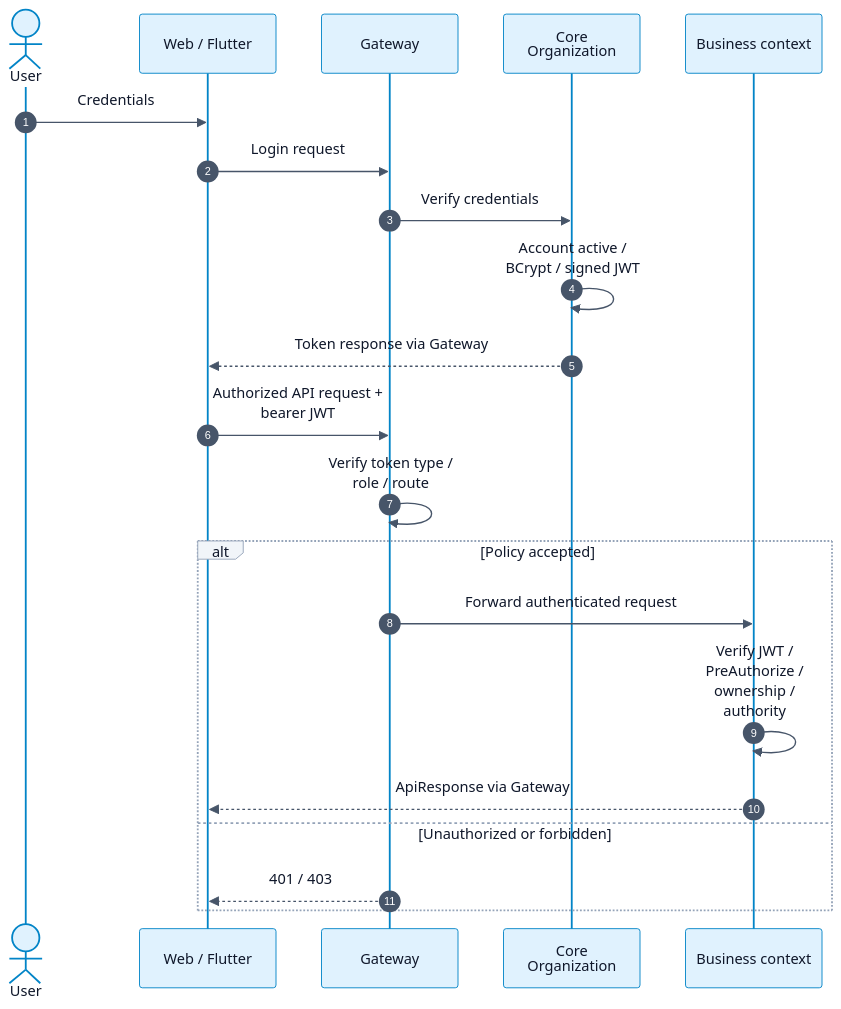
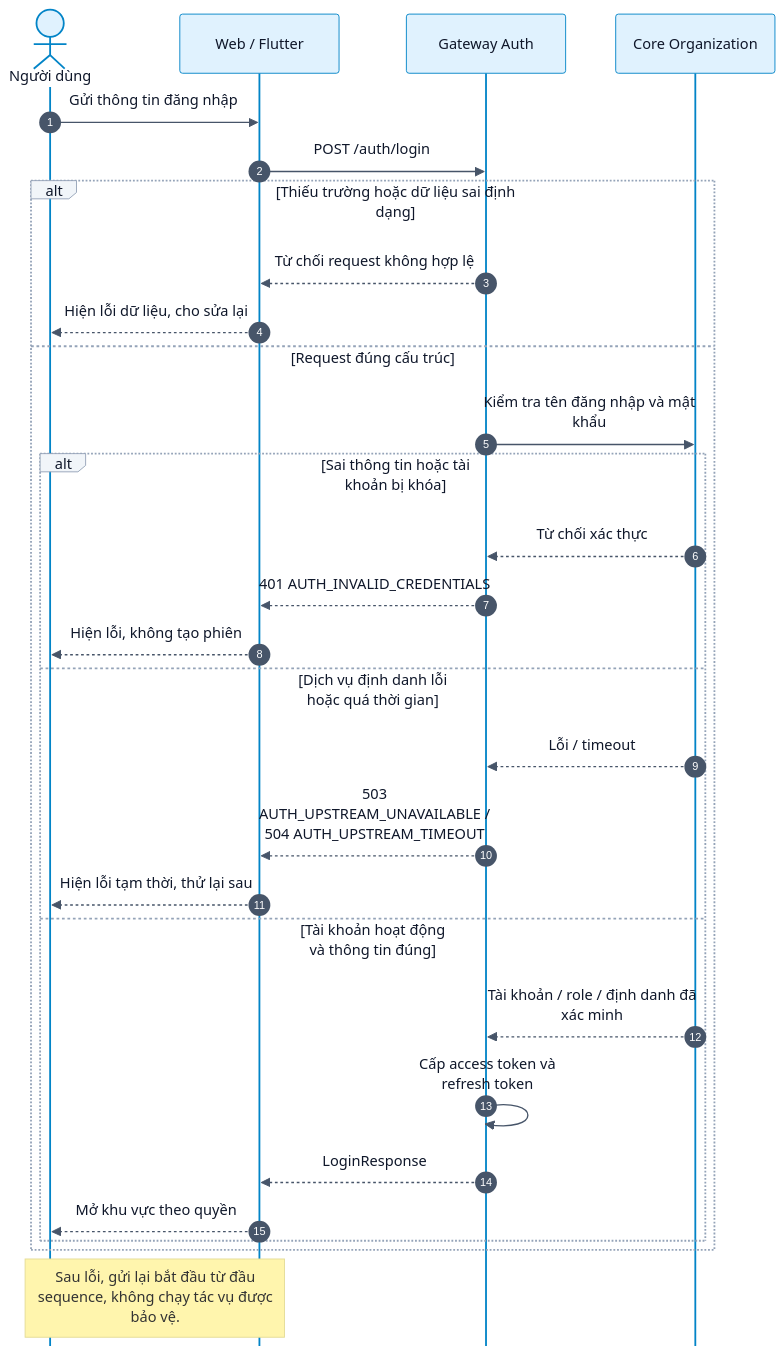
Before and after one commit to Dangvinh77/MediFlow: diagram 12 of 41 in docs/monitor_proj_progress/02-giai-doan-2-thiet-ke-giao-dien-tieu-chuan/review-2/02-review-2-standard-vi.md, drawn with Mermaid. The commit also changed other lines of this file and 896 other files, not shown here.

Commit message:
docs(review2): align diagrams with supervisor feedback

````diff
--- a/docs/monitor_proj_progress/02-giai-doan-2-thiet-ke-giao-dien-tieu-chuan/review-2/02-review-2-standard-vi.md
+++ b/docs/monitor_proj_progress/02-giai-doan-2-thiet-ke-giao-dien-tieu-chuan/review-2/02-review-2-standard-vi.md
@@ -808,24 +613,32 @@
 ```mermaid
-%%{init: {"theme": "base", "securityLevel": "loose", "fontFamily": "Arial, sans-serif", "themeVariables": {"primaryColor": "#e0f2fe", "primaryTextColor": "#0f172a", "primaryBorderColor": "#0284c7", "lineColor": "#475569", "secondaryColor": "#ccfbf1", "tertiaryColor": "#f1f5f9", "background": "#ffffff", "mainBkg": "#e0f2fe", "nodeBorder": "#0284c7", "clusterBkg": "#f8fafc", "clusterBorder": "#94a3b8", "actorBkg": "#e0f2fe", "actorBorder": "#0284c7", "actorTextColor": "#0f172a", "signalColor": "#475569", "signalTextColor": "#0f172a", "labelBoxBkgColor": "#f1f5f9", "labelBoxBorderColor": "#94a3b8", "activationBkgColor": "#ccfbf1", "activationBorderColor": "#0f766e", "sequenceNumberColor": "#ffffff", "attributeBackgroundColorOdd": "#ffffff", "attributeBackgroundColorEven": "#f0f9ff"}, "flowchart": {"htmlLabels": true, "curve": "basis", "nodeSpacing": 30, "rankSpacing": 50}, "sequence": {"useMaxWidth": true, "wrap": true}, "er": {"useMaxWidth": true}}}%%
+%%{init: {"theme": "base", "securityLevel": "loose", "fontFamily": "Arial, sans-serif", "themeVariables": {"primaryColor": "#e0f2fe", "primaryTextColor": "#0f172a", "primaryBorderColor": "#0284c7", "lineColor": "#475569", "secondaryColor": "#ccfbf1", "tertiaryColor": "#f1f5f9", "background": "#ffffff", "mainBkg": "#e0f2fe", "nodeBorder": "#0284c7", "clusterBkg": "#f8fafc", "clusterBorder": "#94a3b8", "actorBkg": "#e0f2fe", "actorBorder": "#0284c7", "actorTextColor": "#0f172a", "signalColor": "#475569", "signalTextColor": "#0f172a", "labelBoxBkgColor": "#f1f5f9", "labelBoxBorderColor": "#94a3b8", "activationBkgColor": "#ccfbf1", "activationBorderColor": "#0f766e", "sequenceNumberColor": "#ffffff", "attributeBackgroundColorOdd": "#ffffff", "attributeBackgroundColorEven": "#f0f9ff"}, "flowchart": {"htmlLabels": true, "curve": "linear", "nodeSpacing": 40, "rankSpacing": 46, "subGraphTitleMargin": {"top": 12, "bottom": 45}}, "sequence": {"useMaxWidth": true, "wrap": true, "actorMargin": 55, "width": 175, "messageMargin": 30, "mirrorActors": false}, "er": {"useMaxWidth": true}, "maxTextSize": 2000000, "class": {"nodeSpacing": 30, "rankSpacing": 55}}}%%
 sequenceDiagram
  autonumber
- actor User
- participant Client as Web / Flutter
- participant Gateway
- participant Core as Core Organization
- participant Service as Business context
- User->>Client: Credentials
- Client->>Gateway: Login request
- Gateway->>Core: Verify credentials
- Core->>Core: Account active / BCrypt / signed JWT
- Core-->>Client: Token response via Gateway
- Client->>Gateway: Authorized API request + bearer JWT
- Gateway->>Gateway: Verify token type / role / route
- alt Policy accepted
- Gateway->>Service: Forward authenticated request
- Service->>Service: Verify JWT / PreAuthorize / ownership / authority
- Service-->>Client: ApiResponse via Gateway
- else Unauthorized or forbidden
- Gateway-->>Client: 401 / 403
+ actor User as Người dùng
+ participant UI as Web / Flutter
+ participant G as Gateway Auth
+ participant C as Core Organization
+ User->>UI: Gửi thông tin đăng nhập
+ UI->>G: POST /auth/login
+ alt Thiếu trường hoặc dữ liệu sai định dạng
+  G-->>UI: Từ chối request không hợp lệ
+  UI-->>User: Hiện lỗi dữ liệu, cho sửa lại
+ else Request đúng cấu trúc
+  G->>C: Kiểm tra tên đăng nhập và mật khẩu
+  alt Sai thông tin hoặc tài khoản bị khóa
+   C-->>G: Từ chối xác thực
+   G-->>UI: 401 AUTH_INVALID_CREDENTIALS
+   UI-->>User: Hiện lỗi, không tạo phiên
+  else Dịch vụ định danh lỗi hoặc quá thời gian
+   C-->>G: Lỗi / timeout
+   G-->>UI: 503 AUTH_UPSTREAM_UNAVAILABLE / 504 AUTH_UPSTREAM_TIMEOUT
+   UI-->>User: Hiện lỗi tạm thời, thử lại sau
+  else Tài khoản hoạt động và thông tin đúng
+   C-->>G: Tài khoản / role / định danh đã xác minh
+   G->>G: Cấp access token và refresh token
+   G-->>UI: LoginResponse
+   UI-->>User: Mở khu vực theo quyền
+  end
  end
+ Note over User,UI: Sau lỗi, gửi lại bắt đầu từ đầu sequence, không chạy tác vụ được bảo vệ.
 ```
````
